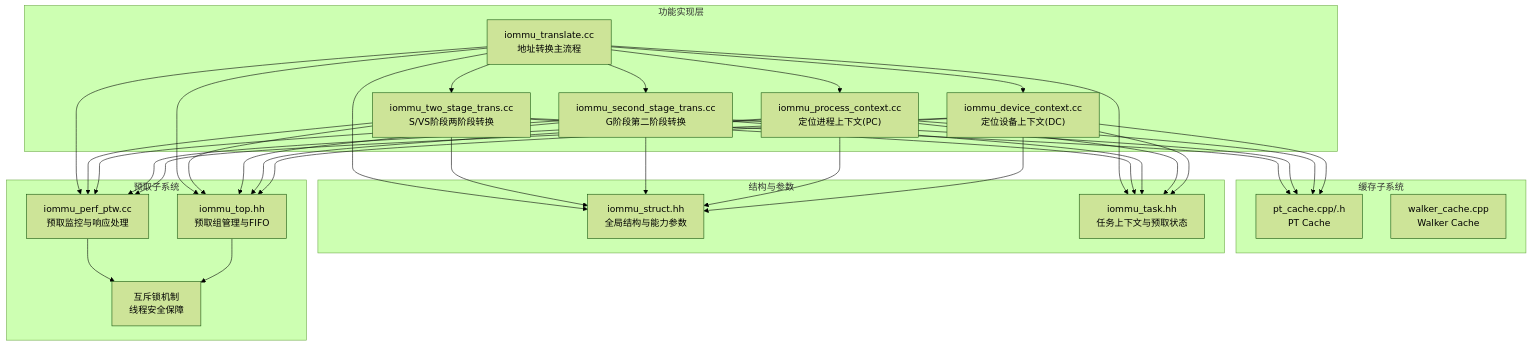
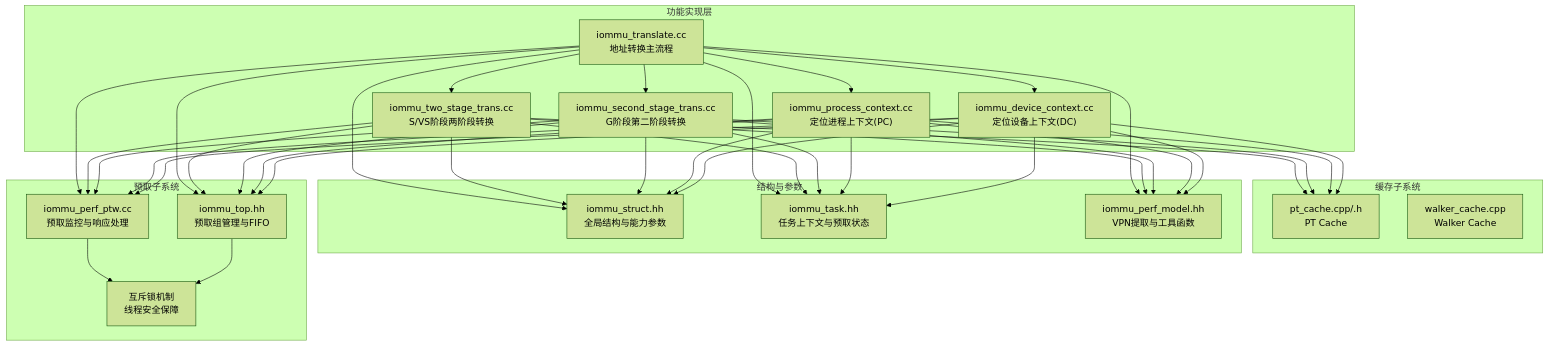
The first of 9 diagrams in .qoder/repowiki/zh/content/流水线设计/地址转换阶段.md (jiangjiang1122/iommu_model_20260401_v1), drawn with Mermaid (forest theme) before and after one commit. The commit also changed other lines of this file and 55 other files, not shown here.

First line of the commit message:
perf(iommu): 去重单元机制v2全场景落地 严格优先仲裁UPD>INS>REQ + UPDATE可变原子段

````diff
--- a/.qoder/repowiki/zh/content/流水线设计/地址转换阶段.md
+++ b/.qoder/repowiki/zh/content/流水线设计/地址转换阶段.md
@@ -61,53 +63,59 @@
 ```mermaid
 graph TB
 subgraph "功能实现层"
 A["iommu_translate.cc<br/>地址转换主流程"]
 B["iommu_two_stage_trans.cc<br/>S/VS阶段两阶段转换"]
 C["iommu_second_stage_trans.cc<br/>G阶段第二阶段转换"]
 D["iommu_process_context.cc<br/>定位进程上下文(PC)"]
 E["iommu_device_context.cc<br/>定位设备上下文(DC)"]
 end
 subgraph "缓存子系统"
 F["pt_cache.cpp/.h<br/>PT Cache"]
 G["walker_cache.cpp<br/>Walker Cache"]
 end
 subgraph "结构与参数"
 H["iommu_struct.hh<br/>全局结构与能力参数"]
 I["iommu_task.hh<br/>任务上下文与预取状态"]
+J["iommu_perf_model.hh<br/>VPN提取与工具函数"]
 end
 subgraph "预取子系统"
-J["iommu_perf_ptw.cc<br/>预取监控与响应处理"]
-K["iommu_top.hh<br/>预取组管理与FIFO"]
-L["互斥锁机制<br/>线程安全保障"]
+K["iommu_perf_ptw.cc<br/>预取监控与响应处理"]
+L["iommu_top.hh<br/>预取组管理与FIFO"]
+M["互斥锁机制<br/>线程安全保障"]
 end
 A --> B
 A --> C
 A --> D
 A --> E
 B --> F
 C --> F
 D --> F
 E --> F
 A --> H
 B --> H
 C --> H
 D --> H
 E --> H
 A --> I
 B --> I
 C --> I
 D --> I
 E --> I
 A --> J
 B --> J
 C --> J
 D --> J
 E --> J
 A --> K
 B --> K
 C --> K
 D --> K
 E --> K
-J --> L
-K --> L
+A --> L
+B --> L
+C --> L
+D --> L
+E --> L
+K --> M
+L --> M
 ```
````
